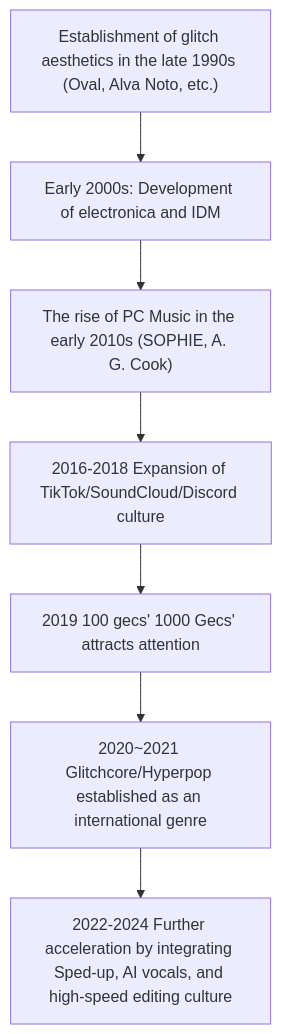
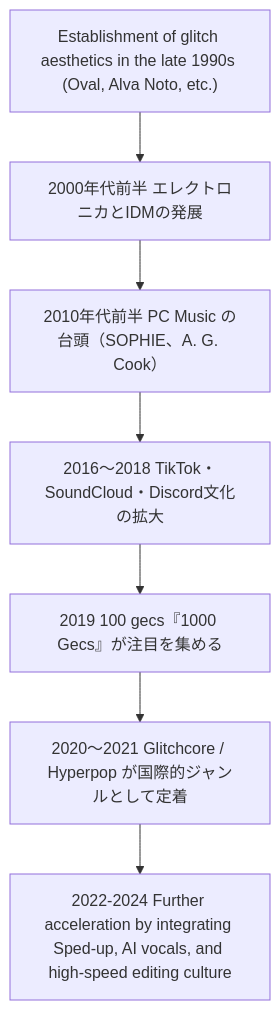
One commit to monumental-movement/monumental-movement.github.io changed the diagram in en/_posts/2025-12-12-column-glitchcore-hyper-glitch.md. Above: the diagram before and after it, drawn with Mermaid. The commit also changed other lines of this file and 2196 other files, not shown here.

```diff
--- a/en/_posts/2025-12-12-column-glitchcore-hyper-glitch.md
+++ b/en/_posts/2025-12-12-column-glitchcore-hyper-glitch.md
@@ -214,9 +213,9 @@
 <div class="mermaid">
 flowchart TD
-    A["Establishment of glitch aesthetics in the late 1990s (Oval, Alva Noto, etc.)"] --> B["Early 2000s: Development of electronica and IDM"]
-    B --> C["The rise of PC Music in the early 2010s (SOPHIE, A. G. Cook)"]
-    C --> D["2016-2018 Expansion of TikTok/SoundCloud/Discord culture"]
-    D --> E["2019 100 gecs' 1000 Gecs' attracts attention"]
-    E --> F["2020~2021 Glitchcore/Hyperpop established as an international genre"]
+    A["Establishment of glitch aesthetics in the late 1990s (Oval, Alva Noto, etc.)"] --> B["2000年代前半 エレクトロニカとIDMの発展"]
+    B --> C["2010年代前半 PC Music の台頭（SOPHIE、A. G. Cook）"]
+    C --> D["2016〜2018 TikTok・SoundCloud・Discord文化の拡大"]
+    D --> E["2019 100 gecs『1000 Gecs』が注目を集める"]
+    E --> F["2020〜2021 Glitchcore / Hyperpop が国際的ジャンルとして定着"]
     F --> G["2022-2024 Further acceleration by integrating Sped-up, AI vocals, and high-speed editing culture"]
 </div>
```
